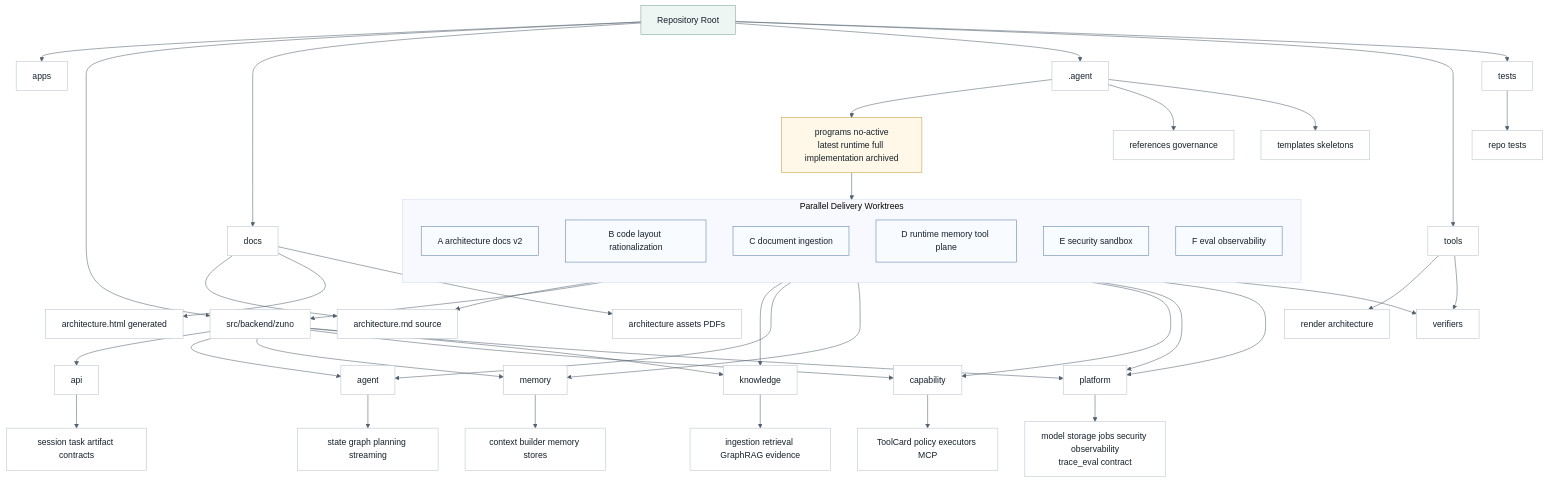
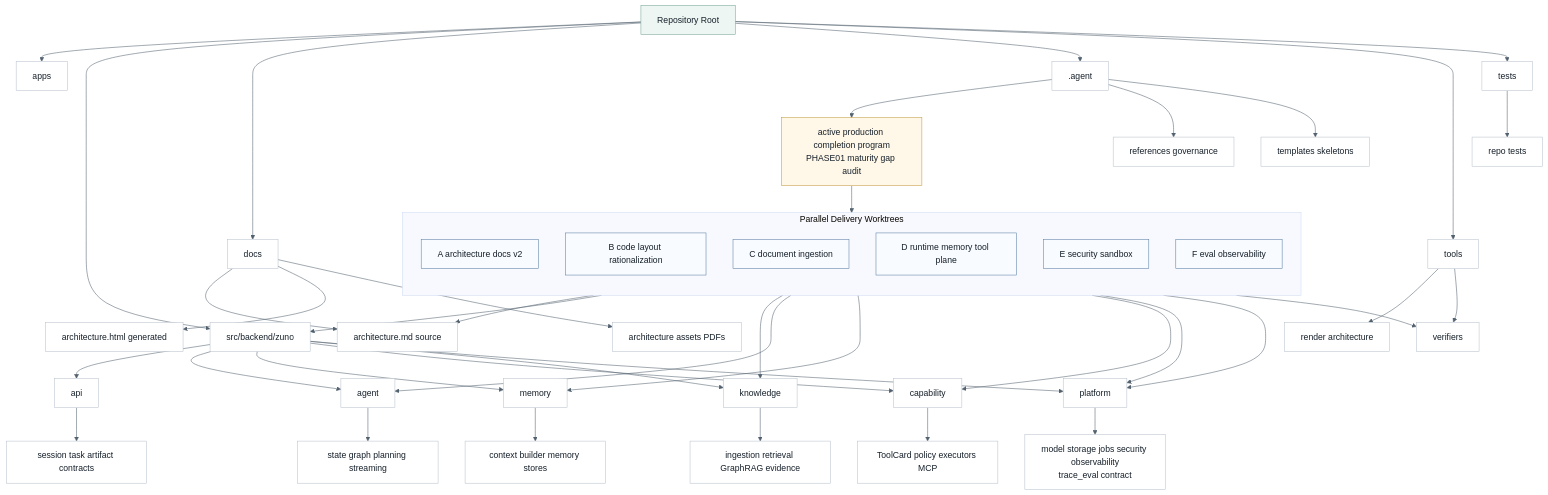
One commit to ProfessorZhi/Zuno changed the second of 10 diagrams in .agent/architecture/architecture.md. Above: the diagram before and after it, drawn with Mermaid. The commit also changed other lines of this file and 35 other files, not shown here.

Commit message:
docs: open production completion program

````diff
--- a/.agent/architecture/architecture.md
+++ b/.agent/architecture/architecture.md
@@ -1160,59 +1162,59 @@
 ```mermaid
 %%{init: {"theme": "base", "themeVariables": {"background": "#f7f8fb", "lineColor": "#52616f"}}}%%
 flowchart TB
   classDef node fill:#ffffff,stroke:#b8c2cc,stroke-width:1px,color:#16202a;
   classDef accent fill:#eef6f3,stroke:#7aa59a,stroke-width:1px,color:#16202a;
   classDef guard fill:#fff8e8,stroke:#c59b43,stroke-width:1px,color:#16202a;
   classDef work fill:#f8fbff,stroke:#5b7fa3,stroke-width:1px,color:#16202a;
 
   R["Repository Root"]:::accent
   R --> APPS["apps"]
   R --> BACKEND["src/backend/zuno"]
   R --> DOCS["docs"]
   R --> AGENT[".agent"]
   R --> TOOLS["tools"]
   R --> TESTS["tests"]
   BACKEND --> API["api"]
   BACKEND --> AG["agent"]
   BACKEND --> MEM["memory"]
   BACKEND --> CAP["capability"]
   BACKEND --> KNO["knowledge"]
   BACKEND --> PLA["platform"]
   API --> APISTATE["session task artifact contracts"]
   AG --> RUNTIME["state graph planning streaming"]
   MEM --> MEMSYS["context builder memory stores"]
   CAP --> TOOLSYS["ToolCard policy executors MCP"]
   KNO --> KNOWSYS["ingestion retrieval GraphRAG evidence"]
   PLA --> PLATSYS["model storage jobs security observability<br/>trace_eval contract"]
   DOCS --> FORMAL["architecture.md source"]
   DOCS --> HTML["architecture.html generated"]
   DOCS --> ASSETS["architecture assets PDFs"]
-  AGENT --> PROGRAM["programs no-active<br/>latest runtime full implementation archived"]:::guard
+  AGENT --> PROGRAM["active production completion program<br/>PHASE01 maturity gap audit"]:::guard
   AGENT --> REFS["references governance"]
   AGENT --> TPL["templates skeletons"]
   TOOLS --> RENDER["render architecture"]
   TOOLS --> VERIFY["verifiers"]
   TESTS --> REPO["repo tests"]
 
   subgraph WORK["Parallel Delivery Worktrees"]
     direction TB
     WA["A architecture docs v2"]:::work
     WB["B code layout rationalization"]:::work
     WC["C document ingestion"]:::work
     WD["D runtime memory tool plane"]:::work
     WE["E security sandbox"]:::work
     WF["F eval observability"]:::work
   end
 
   PROGRAM --> WORK
   WA --> FORMAL
   WB --> BACKEND
   WC --> KNO
   WD --> AG
   WD --> MEM
   WD --> CAP
   WE --> PLA
   WF --> PLA
   WORK --> VERIFY
   class APPS,BACKEND,DOCS,AGENT,TOOLS,TESTS,API,AG,MEM,CAP,KNO,PLA,APISTATE,RUNTIME,MEMSYS,TOOLSYS,KNOWSYS,PLATSYS,FORMAL,HTML,ASSETS,REFS,TPL,RENDER,VERIFY,REPO node;
 ```
````
